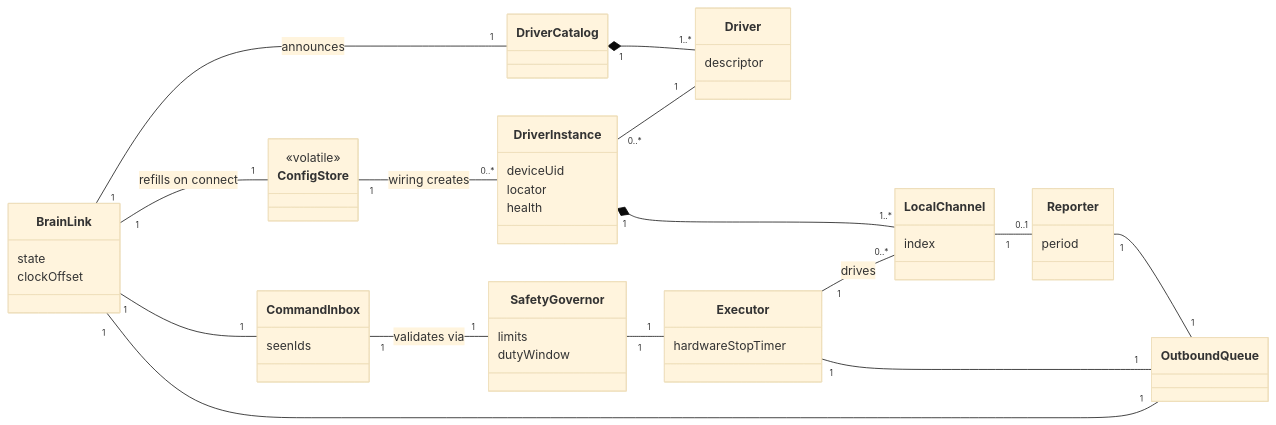
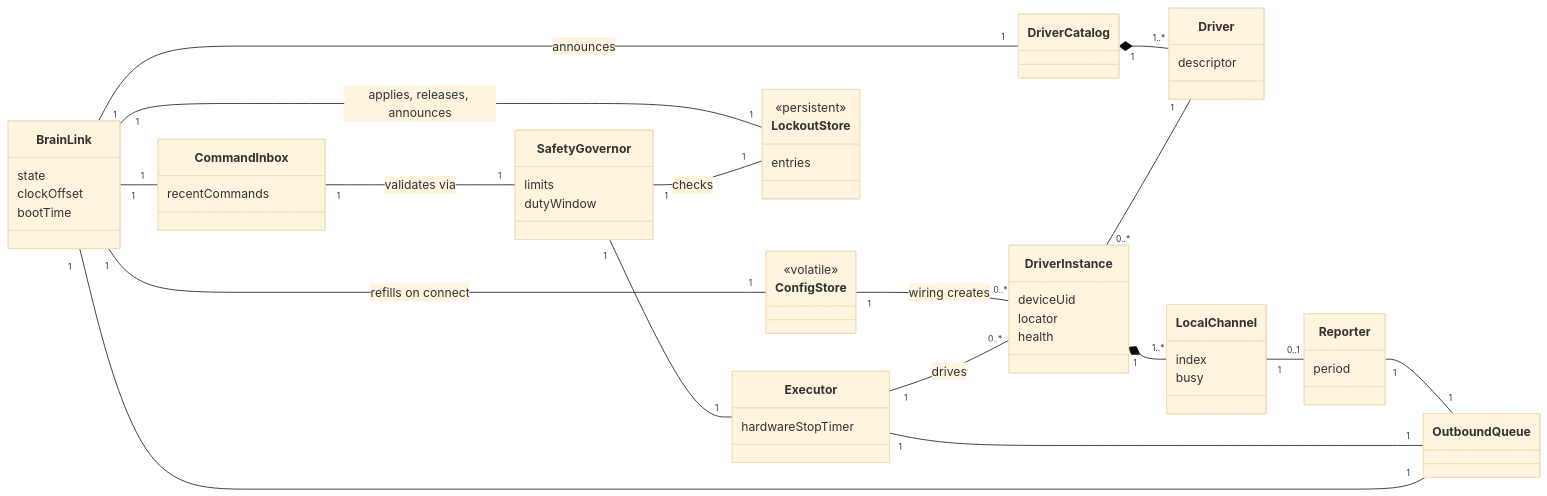
One commit to Aquapoly/Aquadash changed the fourth of 5 diagrams in docs/v3.0.0/conceptual-model.md. Above: the diagram before and after it, drawn with Mermaid (base theme). The commit also changed other lines of this file and 1 other file, not shown here.

````diff
--- a/docs/v3.0.0/conceptual-model.md
+++ b/docs/v3.0.0/conceptual-model.md
@@ -329,53 +466,61 @@
 ```mermaid
 classDiagram
   direction LR
 
   class BrainLink {
     state
     clockOffset
+    bootTime
   }
   class ConfigStore {
     <<volatile>>
+  }
+  class LockoutStore {
+    <<persistent>>
+    entries
   }
   class DriverCatalog
   class Driver {
     descriptor
   }
   class DriverInstance {
     deviceUid
     locator
     health
   }
   class LocalChannel {
     index
+    busy
   }
   class Reporter {
     period
   }
   class CommandInbox {
-    seenIds
+    recentCommands
   }
   class SafetyGovernor {
     limits
     dutyWindow
   }
   class Executor {
     hardwareStopTimer
   }
   class OutboundQueue
 
   BrainLink "1" -- "1" ConfigStore : refills on connect
+  BrainLink "1" -- "1" LockoutStore : applies, releases, announces
   BrainLink "1" -- "1" DriverCatalog : announces
   DriverCatalog "1" *-- "1..*" Driver
   ConfigStore "1" -- "0..*" DriverInstance : wiring creates
   DriverInstance "0..*" -- "1" Driver
   DriverInstance "1" *-- "1..*" LocalChannel
   LocalChannel "1" -- "0..1" Reporter
   BrainLink "1" -- "1" CommandInbox
   CommandInbox "1" -- "1" SafetyGovernor : validates via
+  SafetyGovernor "1" -- "1" LockoutStore : checks
   SafetyGovernor "1" -- "1" Executor
-  Executor "1" -- "0..*" LocalChannel : drives
+  Executor "1" -- "0..*" DriverInstance : drives
   Reporter "1" -- "1" OutboundQueue
   Executor "1" -- "1" OutboundQueue
   OutboundQueue "1" -- "1" BrainLink
 ```
````
